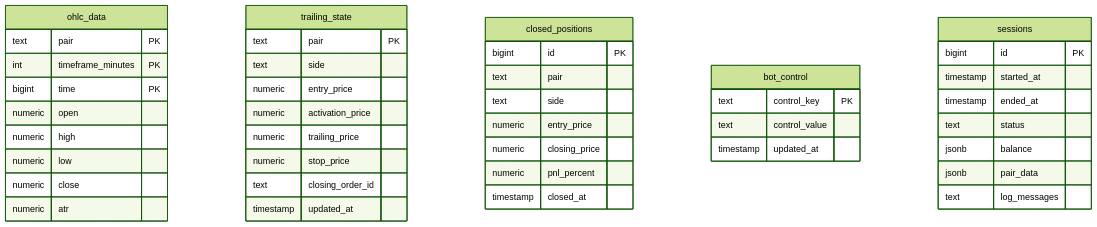
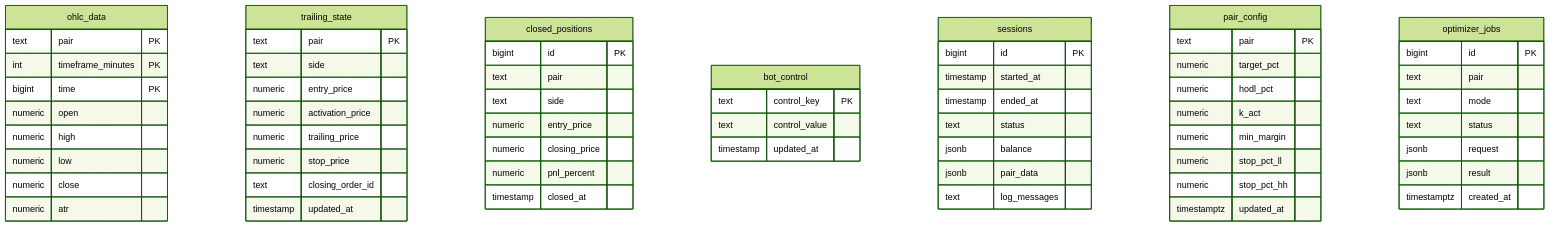
Before and after one commit to jAjiz/botcoin: the second of 2 diagrams in README.md, drawn with Mermaid (forest theme). The commit also changed other lines of this file and 1 other file, not shown here.

````diff
--- a/README.md
+++ b/README.md
@@ -83,50 +120,71 @@
 ```mermaid
 erDiagram
     ohlc_data {
         text pair PK
         int timeframe_minutes PK
         bigint time PK
         numeric open
         numeric high
         numeric low
         numeric close
         numeric atr
     }
 
     trailing_state {
         text pair PK
         text side
         numeric entry_price
         numeric activation_price
         numeric trailing_price
         numeric stop_price
         text closing_order_id
         timestamp updated_at
     }
 
     closed_positions {
         bigint id PK
         text pair
         text side
         numeric entry_price
         numeric closing_price
         numeric pnl_percent
         timestamp closed_at
     }
 
     bot_control {
         text control_key PK
         text control_value
         timestamp updated_at
     }
 
     sessions {
         bigint id PK
         timestamp started_at
         timestamp ended_at
         text status
         jsonb balance
         jsonb pair_data
         text log_messages
     }
+
+    pair_config {
+        text pair PK
+        numeric target_pct
+        numeric hodl_pct
+        numeric k_act
+        numeric min_margin
+        numeric stop_pct_ll
+        numeric stop_pct_hh
+        timestamptz updated_at
+    }
+
+    optimizer_jobs {
+        bigint id PK
+        text pair
+        text mode
+        text status
+        jsonb request
+        jsonb result
+        timestamptz created_at
+    }
 ```
````
